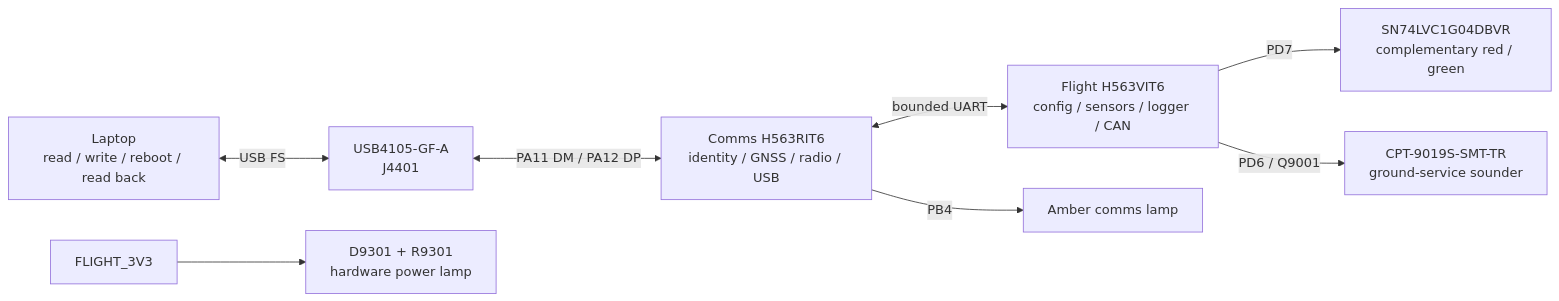
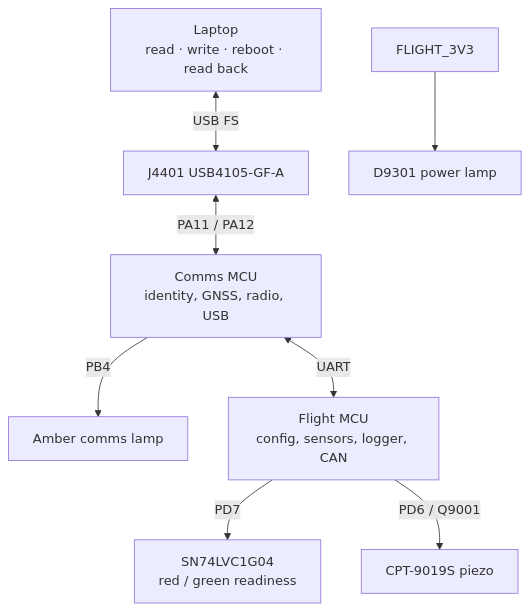
One commit to ULAS-HiPR/Ogma2 changed the diagram in docs/architecture/05-service-status-time.md. Above: the diagram before and after it, drawn with Mermaid. The commit also changed other lines of this file and 25 other files, not shown here.

````diff
--- a/docs/architecture/05-service-status-time.md
+++ b/docs/architecture/05-service-status-time.md
@@ -16,17 +7,14 @@
 ```mermaid
-flowchart LR
+flowchart TB
   PC["Laptop
-read / write / reboot / read back"] <-->|"USB FS"| J["USB4105-GF-A
-J4401"]
-  J <-->|"PA11 DM / PA12 DP"| C["Comms H563RIT6
-identity / GNSS / radio / USB"]
-  C <-->|"bounded UART"| F["Flight H563VIT6
-config / sensors / logger / CAN"]
-  F -->|"PD7"| L["SN74LVC1G04DBVR
-complementary red / green"]
+read · write · reboot · read back"] <-->|"USB FS"| J["J4401 USB4105-GF-A"]
+  J <-->|"PA11 / PA12"| C["Comms MCU
+identity, GNSS, radio, USB"]
   C -->|"PB4"| A["Amber comms lamp"]
-  P["FLIGHT_3V3"] --> H["D9301 + R9301
-hardware power lamp"]
-  F -->|"PD6 / Q9001"| B["CPT-9019S-SMT-TR
-ground-service sounder"]
+  C <-->|"UART"| F["Flight MCU
+config, sensors, logger, CAN"]
+  F -->|"PD7"| L["SN74LVC1G04
+red / green readiness"]
+  F -->|"PD6 / Q9001"| B["CPT-9019S piezo"]
+  P["FLIGHT_3V3"] --> H["D9301 power lamp"]
 ```
````
